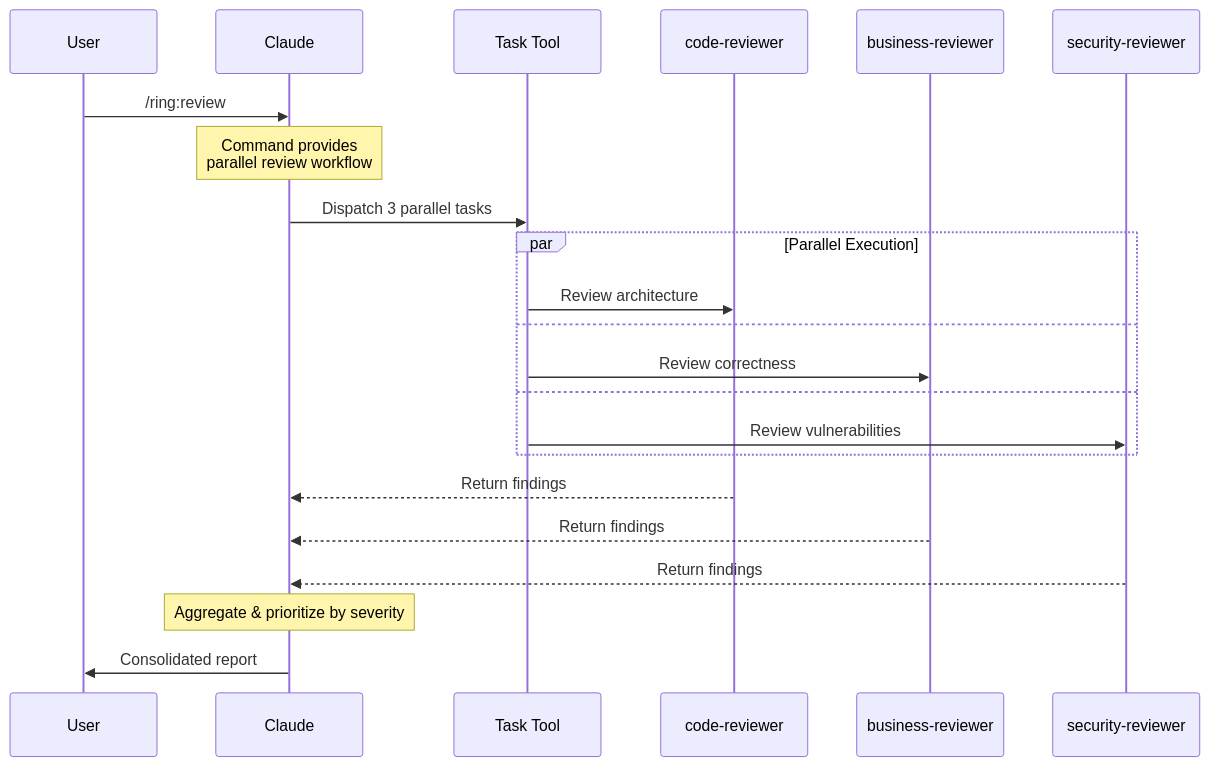
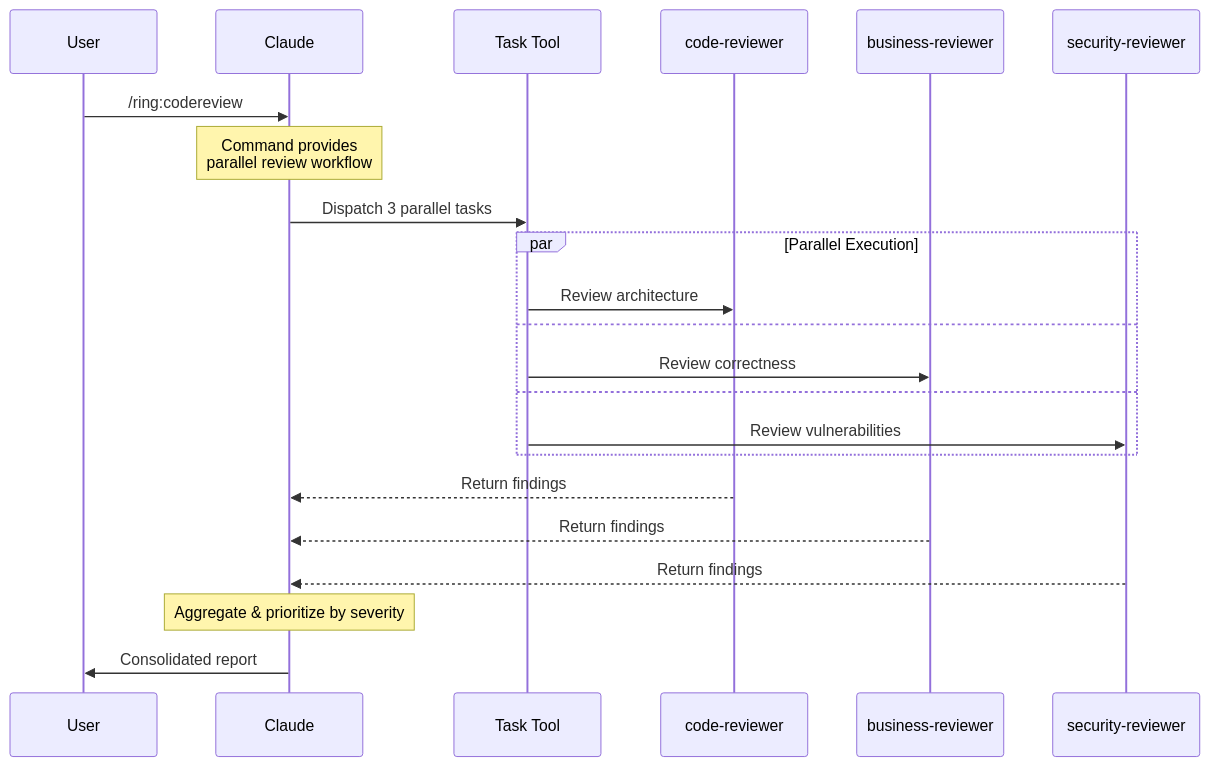
One commit to alexgarzao/ring changed the third of 3 diagrams in ARCHITECTURE.md. Above: the diagram before and after it, drawn with Mermaid. The commit also changed other lines of this file and 7 other files, not shown here.

First line of the commit message:
refactor(commands): rename review command to codereview for clarity

````diff
--- a/ARCHITECTURE.md
+++ b/ARCHITECTURE.md
@@ -288,29 +288,29 @@
 ```mermaid
 sequenceDiagram
     participant User
     participant Claude
     participant Task Tool
     participant code-reviewer
     participant business-reviewer
     participant security-reviewer
 
-    User->>Claude: /ring:review
+    User->>Claude: /ring:codereview
     Note over Claude: Command provides<br/>parallel review workflow
 
     Claude->>Task Tool: Dispatch 3 parallel tasks
 
     par Parallel Execution
         Task Tool->>code-reviewer: Review architecture
         and
         Task Tool->>business-reviewer: Review correctness
         and
         Task Tool->>security-reviewer: Review vulnerabilities
     end
 
     code-reviewer-->>Claude: Return findings
     business-reviewer-->>Claude: Return findings
     security-reviewer-->>Claude: Return findings
 
     Note over Claude: Aggregate & prioritize by severity
     Claude->>User: Consolidated report
 ```
````
